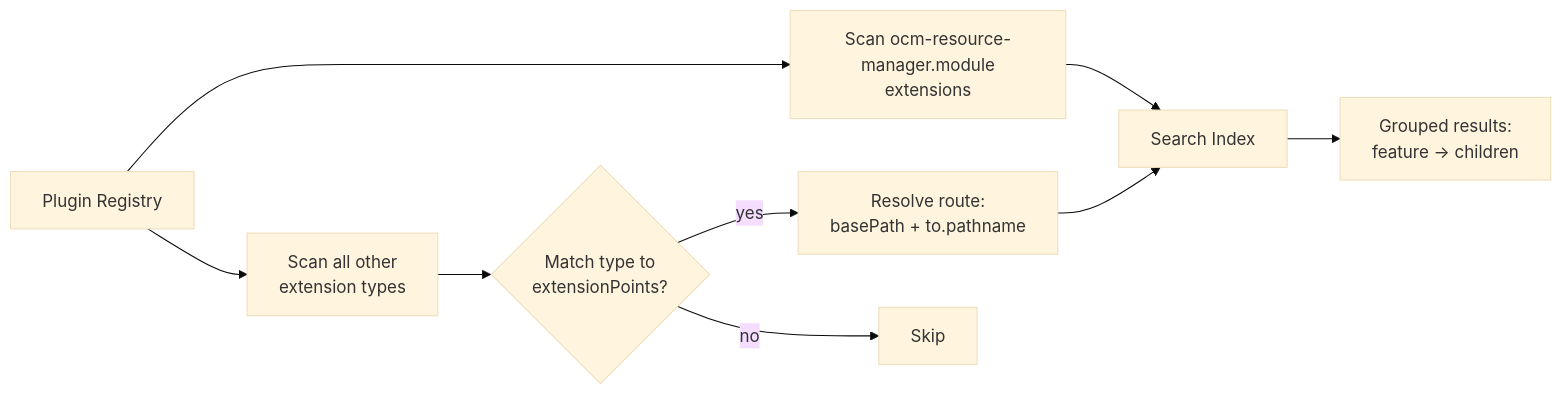
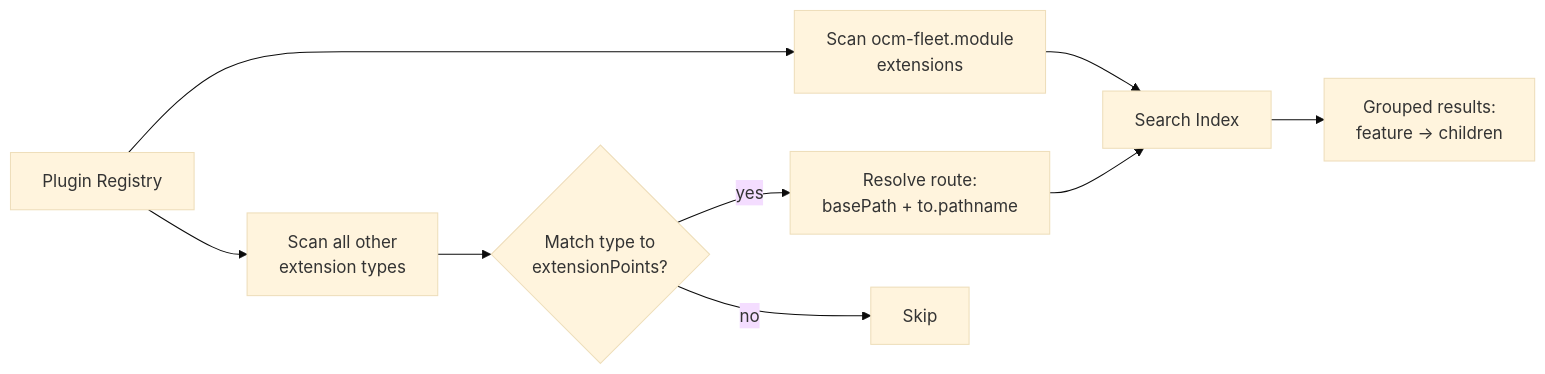
Before and after one commit to fleetshift/fleetshift-poc: the second of 3 diagrams in docs/ui/feature-contracts.md, drawn with Mermaid (base theme). The commit also changed other lines of this file and 819 other files, not shown here.

Commit message:
Use OCM Fleet for project identity and terminology

````diff
--- a/docs/ui/feature-contracts.md
+++ b/docs/ui/feature-contracts.md
@@ -163,12 +163,12 @@
 ```mermaid
 flowchart LR
-    R["Plugin Registry"] --> M["Scan ocm-resource-manager.module<br/>extensions"]
+    R["Plugin Registry"] --> M["Scan ocm-fleet.module<br/>extensions"]
     M --> IDX["Search Index"]
     R --> X["Scan all other<br/>extension types"]
     X --> MATCH{"Match type to<br/>extensionPoints?"}
     MATCH -->|yes| RESOLVE["Resolve route:<br/>basePath + to.pathname"]
     RESOLVE --> IDX
     MATCH -->|no| SKIP["Skip"]
 
     IDX --> TREE["Grouped results:<br/>feature → children"]
 ```
````
